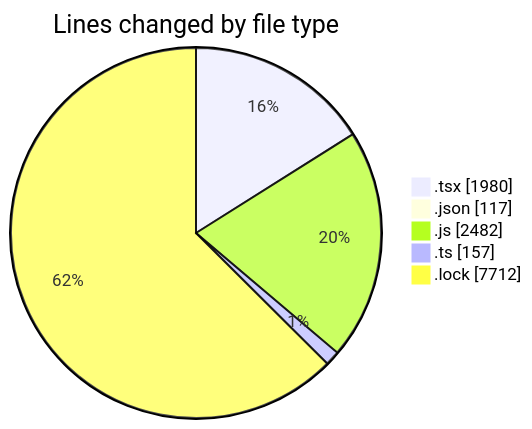
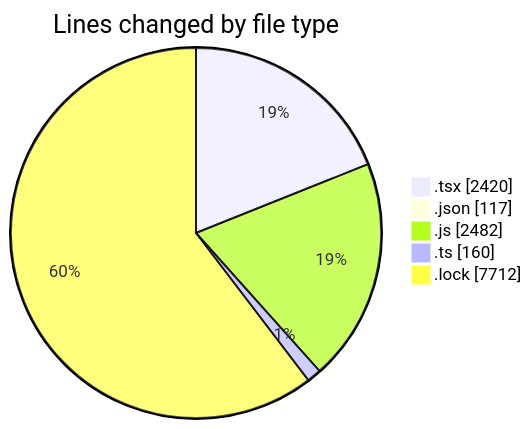
Before and after one commit to momahboobian/code-tracking: the first of 2 diagrams in 2025-04-28/cda/README.md, drawn with Mermaid. The commit also changed other lines of this file and 1 other file, not shown here.

````diff
--- a/2025-04-28/cda/README.md
+++ b/2025-04-28/cda/README.md
@@ -34,9 +39,9 @@
 ```mermaid
 pie showData
 title Lines changed by file type
-".tsx" : 1980
+".tsx" : 2420
 ".json" : 117
 ".js" : 2482
-".ts" : 157
+".ts" : 160
 ".lock" : 7712
 ```
````
